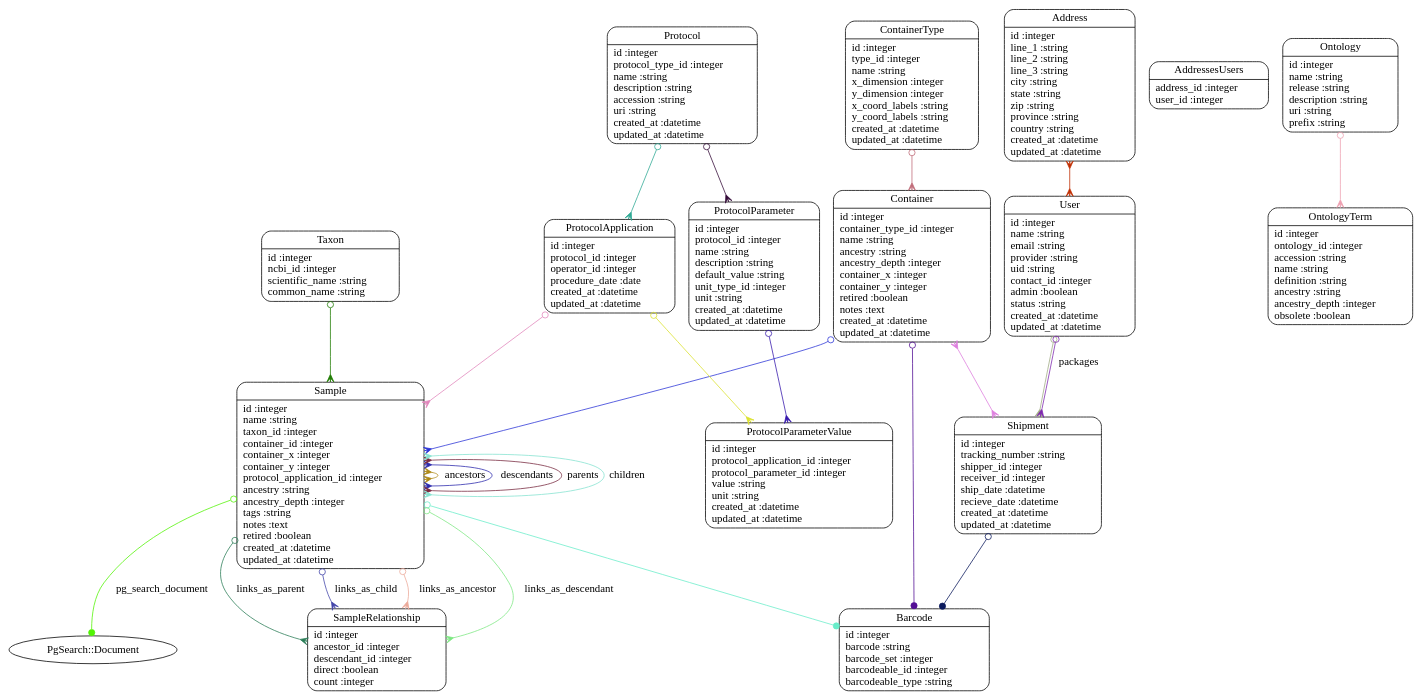
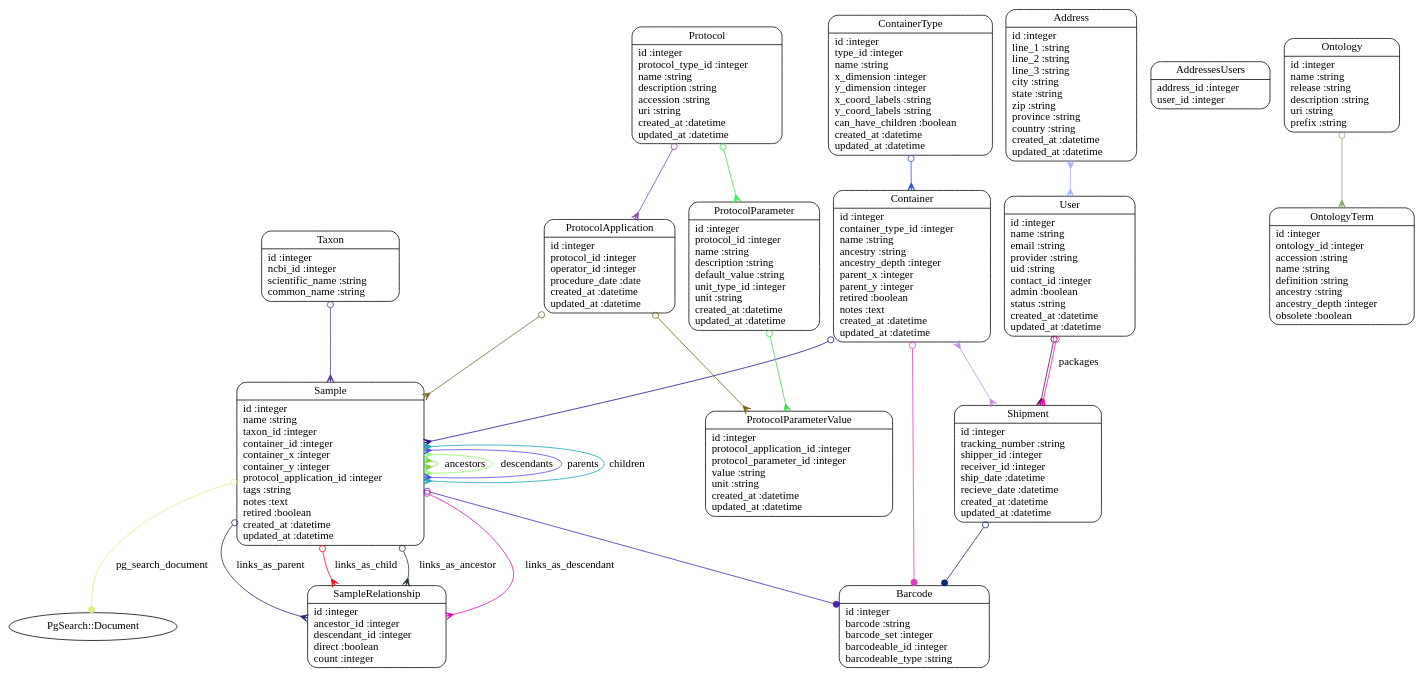
The diagram in models.dot (dimitras/collos), drawn with Graphviz before and after one commit. The commit also changed 17 other files, not shown here.

Commit message:
changes that have to do with container layout views and functionality down the road

```diff
--- a/models.dot
+++ b/models.dot
@@ -1,44 +1,44 @@
 digraph models_diagram {
 	graph[overlap=false, splines=true]
 	"Address" [shape=Mrecord, label="{Address|id :integer\lline_1 :string\lline_2 :string\lline_3 :string\lcity :string\lstate :string\lzip :string\lprovince :string\lcountry :string\lcreated_at :datetime\lupdated_at :datetime\l}"]
 	"AddressesUsers" [shape=Mrecord, label="{AddressesUsers|address_id :integer\luser_id :integer\l}"]
 	"Barcode" [shape=Mrecord, label="{Barcode|id :integer\lbarcode :string\lbarcode_set :integer\lbarcodeable_id :integer\lbarcodeable_type :string\l}"]
-	"Container" [shape=Mrecord, label="{Container|id :integer\lcontainer_type_id :integer\lname :string\lancestry :string\lancestry_depth :integer\lcontainer_x :integer\lcontainer_y :integer\lretired :boolean\lnotes :text\lcreated_at :datetime\lupdated_at :datetime\l}"]
-	"ContainerType" [shape=Mrecord, label="{ContainerType|id :integer\ltype_id :integer\lname :string\lx_dimension :integer\ly_dimension :integer\lx_coord_labels :string\ly_coord_labels :string\lcreated_at :datetime\lupdated_at :datetime\l}"]
+	"Container" [shape=Mrecord, label="{Container|id :integer\lcontainer_type_id :integer\lname :string\lancestry :string\lancestry_depth :integer\lparent_x :integer\lparent_y :integer\lretired :boolean\lnotes :text\lcreated_at :datetime\lupdated_at :datetime\l}"]
+	"ContainerType" [shape=Mrecord, label="{ContainerType|id :integer\ltype_id :integer\lname :string\lx_dimension :integer\ly_dimension :integer\lx_coord_labels :string\ly_coord_labels :string\lcan_have_children :boolean\lcreated_at :datetime\lupdated_at :datetime\l}"]
 	"Ontology" [shape=Mrecord, label="{Ontology|id :integer\lname :string\lrelease :string\ldescription :string\luri :string\lprefix :string\l}"]
 	"OntologyTerm" [shape=Mrecord, label="{OntologyTerm|id :integer\lontology_id :integer\laccession :string\lname :string\ldefinition :string\lancestry :string\lancestry_depth :integer\lobsolete :boolean\l}"]
 	"Protocol" [shape=Mrecord, label="{Protocol|id :integer\lprotocol_type_id :integer\lname :string\ldescription :string\laccession :string\luri :string\lcreated_at :datetime\lupdated_at :datetime\l}"]
 	"ProtocolApplication" [shape=Mrecord, label="{ProtocolApplication|id :integer\lprotocol_id :integer\loperator_id :integer\lprocedure_date :date\lcreated_at :datetime\lupdated_at :datetime\l}"]
 	"ProtocolParameter" [shape=Mrecord, label="{ProtocolParameter|id :integer\lprotocol_id :integer\lname :string\ldescription :string\ldefault_value :string\lunit_type_id :integer\lunit :string\lcreated_at :datetime\lupdated_at :datetime\l}"]
 	"ProtocolParameterValue" [shape=Mrecord, label="{ProtocolParameterValue|id :integer\lprotocol_application_id :integer\lprotocol_parameter_id :integer\lvalue :string\lunit :string\lcreated_at :datetime\lupdated_at :datetime\l}"]
-	"Sample" [shape=Mrecord, label="{Sample|id :integer\lname :string\ltaxon_id :integer\lcontainer_id :integer\lcontainer_x :integer\lcontainer_y :integer\lprotocol_application_id :integer\lancestry :string\lancestry_depth :integer\ltags :string\lnotes :text\lretired :boolean\lcreated_at :datetime\lupdated_at :datetime\l}"]
+	"Sample" [shape=Mrecord, label="{Sample|id :integer\lname :string\ltaxon_id :integer\lcontainer_id :integer\lcontainer_x :integer\lcontainer_y :integer\lprotocol_application_id :integer\ltags :string\lnotes :text\lretired :boolean\lcreated_at :datetime\lupdated_at :datetime\l}"]
 	"SampleRelationship" [shape=Mrecord, label="{SampleRelationship|id :integer\lancestor_id :integer\ldescendant_id :integer\ldirect :boolean\lcount :integer\l}"]
 	"Shipment" [shape=Mrecord, label="{Shipment|id :integer\ltracking_number :string\lshipper_id :integer\lreceiver_id :integer\lship_date :datetime\lrecieve_date :datetime\lcreated_at :datetime\lupdated_at :datetime\l}"]
 	"Taxon" [shape=Mrecord, label="{Taxon|id :integer\lncbi_id :integer\lscientific_name :string\lcommon_name :string\l}"]
 	"User" [shape=Mrecord, label="{User|id :integer\lname :string\lemail :string\lprovider :string\luid :string\lcontact_id :integer\ladmin :boolean\lstatus :string\lcreated_at :datetime\lupdated_at :datetime\l}"]
-	"Address" -> "User" [arrowtail=crow, arrowhead=crow, dir=both color="#C02D01"]
-	"Container" -> "Sample" [arrowtail=odot, arrowhead=crow, dir=both color="#2B34D7"]
-	"Container" -> "Barcode" [arrowtail=odot, arrowhead=dot, dir=both color="#530F95"]
-	"Container" -> "Shipment" [arrowtail=crow, arrowhead=crow, dir=both color="#DD7EDE"]
-	"ContainerType" -> "Container" [arrowtail=odot, arrowhead=crow, dir=both color="#C06B78"]
-	"Ontology" -> "OntologyTerm" [arrowtail=odot, arrowhead=crow, dir=both color="#EEA0B1"]
-	"Protocol" -> "ProtocolApplication" [arrowtail=odot, arrowhead=crow, dir=both color="#2FA995"]
-	"Protocol" -> "ProtocolParameter" [arrowtail=odot, arrowhead=crow, dir=both color="#340B39"]
-	"ProtocolApplication" -> "Sample" [arrowtail=odot, arrowhead=crow, dir=both color="#E286BC"]
-	"ProtocolApplication" -> "ProtocolParameterValue" [arrowtail=odot, arrowhead=crow, dir=both color="#DBE22D"]
-	"ProtocolParameter" -> "ProtocolParameterValue" [arrowtail=odot, arrowhead=crow, dir=both color="#3618AC"]
-	"Sample" -> "Barcode" [arrowtail=odot, arrowhead=dot, dir=both color="#6AEDCA"]
-	"Sample" -> "SampleRelationship" [label="links_as_ancestor", arrowtail=odot, arrowhead=crow, dir=both color="#ECAA9A"]
-	"Sample" -> "SampleRelationship" [label="links_as_descendant", arrowtail=odot, arrowhead=crow, dir=both color="#7EE882"]
-	"Sample" -> "Sample" [label="ancestors", arrowtail=crow, arrowhead=crow, dir=both color="#AE8814"]
-	"Sample" -> "Sample" [label="descendants", arrowtail=crow, arrowhead=crow, dir=both color="#2C29AC"]
-	"Sample" -> "SampleRelationship" [label="links_as_parent", arrowtail=odot, arrowhead=crow, dir=both color="#2B7E58"]
-	"Sample" -> "SampleRelationship" [label="links_as_child", arrowtail=odot, arrowhead=crow, dir=both color="#4345AA"]
-	"Sample" -> "Sample" [label="parents", arrowtail=crow, arrowhead=crow, dir=both color="#782A40"]
-	"Sample" -> "Sample" [label="children", arrowtail=crow, arrowhead=crow, dir=both color="#85E3D1"]
-	"Sample" -> "PgSearch::Document" [label="pg_search_document", arrowtail=odot, arrowhead=dot, dir=both color="#52F405"]
-	"Shipment" -> "Barcode" [arrowtail=odot, arrowhead=dot, dir=both color="#0C1B5D"]
-	"Taxon" -> "Sample" [arrowtail=odot, arrowhead=crow, dir=both color="#217D04"]
-	"User" -> "Shipment" [arrowtail=odot, arrowhead=crow, dir=both color="#9FAB82"]
-	"User" -> "Shipment" [label="packages", arrowtail=odot, arrowhead=crow, dir=both color="#7E27AF"]
+	"Address" -> "User" [arrowtail=crow, arrowhead=crow, dir=both color="#A6B2FA"]
+	"Container" -> "Sample" [arrowtail=odot, arrowhead=crow, dir=both color="#280A8B"]
+	"Container" -> "Barcode" [arrowtail=odot, arrowhead=dot, dir=both color="#DD3AC0"]
+	"Container" -> "Shipment" [arrowtail=crow, arrowhead=crow, dir=both color="#BE8EE2"]
+	"ContainerType" -> "Container" [arrowtail=odot, arrowhead=crow, dir=both color="#2C54D5"]
+	"Ontology" -> "OntologyTerm" [arrowtail=odot, arrowhead=crow, dir=both color="#84AB72"]
+	"Protocol" -> "ProtocolApplication" [arrowtail=odot, arrowhead=crow, dir=both color="#7E48B0"]
+	"Protocol" -> "ProtocolParameter" [arrowtail=odot, arrowhead=crow, dir=both color="#31EB51"]
+	"ProtocolApplication" -> "Sample" [arrowtail=odot, arrowhead=crow, dir=both color="#73692C"]
+	"ProtocolApplication" -> "ProtocolParameterValue" [arrowtail=odot, arrowhead=crow, dir=both color="#776209"]
+	"ProtocolParameter" -> "ProtocolParameterValue" [arrowtail=odot, arrowhead=crow, dir=both color="#4FCE5B"]
+	"Sample" -> "Barcode" [arrowtail=odot, arrowhead=dot, dir=both color="#4D20B5"]
+	"Sample" -> "SampleRelationship" [label="links_as_ancestor", arrowtail=odot, arrowhead=crow, dir=both color="#233135"]
+	"Sample" -> "SampleRelationship" [label="links_as_descendant", arrowtail=odot, arrowhead=crow, dir=both color="#D40FB1"]
+	"Sample" -> "Sample" [label="ancestors", arrowtail=crow, arrowhead=crow, dir=both color="#73D136"]
+	"Sample" -> "Sample" [label="descendants", arrowtail=crow, arrowhead=crow, dir=both color="#8AFD6C"]
+	"Sample" -> "SampleRelationship" [label="links_as_parent", arrowtail=odot, arrowhead=crow, dir=both color="#20276C"]
+	"Sample" -> "SampleRelationship" [label="links_as_child", arrowtail=odot, arrowhead=crow, dir=both color="#F70410"]
+	"Sample" -> "Sample" [label="parents", arrowtail=crow, arrowhead=crow, dir=both color="#5242F2"]
+	"Sample" -> "Sample" [label="children", arrowtail=crow, arrowhead=crow, dir=both color="#17A5B4"]
+	"Sample" -> "PgSearch::Document" [label="pg_search_document", arrowtail=odot, arrowhead=dot, dir=both color="#D8EE87"]
+	"Shipment" -> "Barcode" [arrowtail=odot, arrowhead=dot, dir=both color="#0D2970"]
+	"Taxon" -> "Sample" [arrowtail=odot, arrowhead=crow, dir=both color="#533A8A"]
+	"User" -> "Shipment" [arrowtail=odot, arrowhead=crow, dir=both color="#470C38"]
+	"User" -> "Shipment" [label="packages", arrowtail=odot, arrowhead=crow, dir=both color="#FA08B1"]
 }
```
